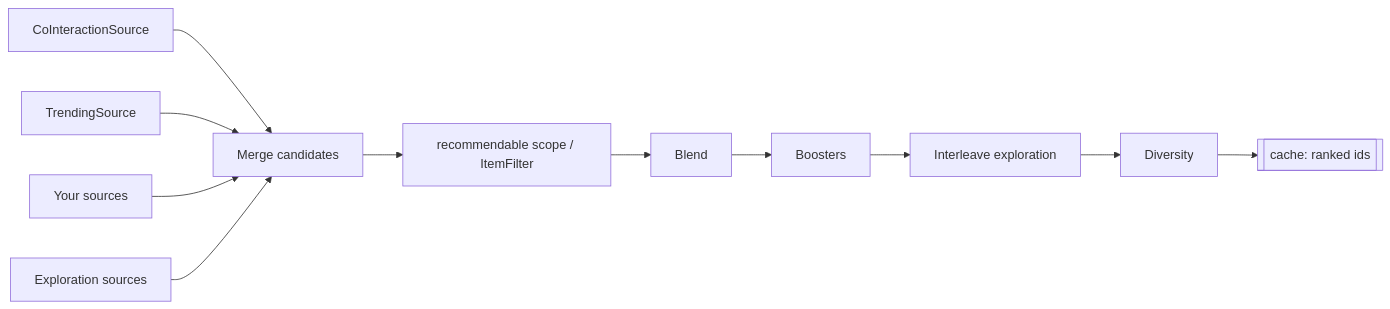
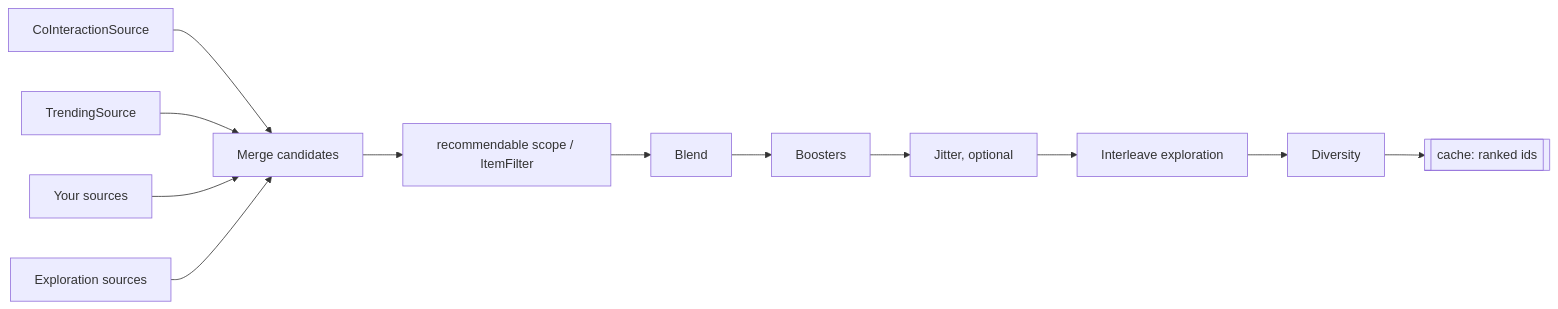
The third of 3 diagrams in docs/how-it-works.md (solutionforest/laravel-recommender), drawn with Mermaid before and after one commit. The commit also changed other lines of this file and 11 other files, not shown here.

First line of the commit message:
docs: drop the roadmap, document jitter and similar maths, Laravel 10–13 everywhere (v0.10.2) (#35)

````diff
--- a/docs/how-it-works.md
+++ b/docs/how-it-works.md
@@ -64,13 +64,14 @@
 ```mermaid
 flowchart LR
   A1[CoInteractionSource] --> M
   A2[TrendingSource] --> M
   A3[Your sources] --> M
   X[Exploration sources] --> M
   M[Merge candidates] --> F[recommendable scope / ItemFilter]
   F --> BL[Blend]
   BL --> BO[Boosters]
-  BO --> EX[Interleave exploration]
+  BO --> JT[Jitter, optional]
+  JT --> EX[Interleave exploration]
   EX --> DV[Diversity]
   DV --> L[[cache: ranked ids]]
 ```
````
